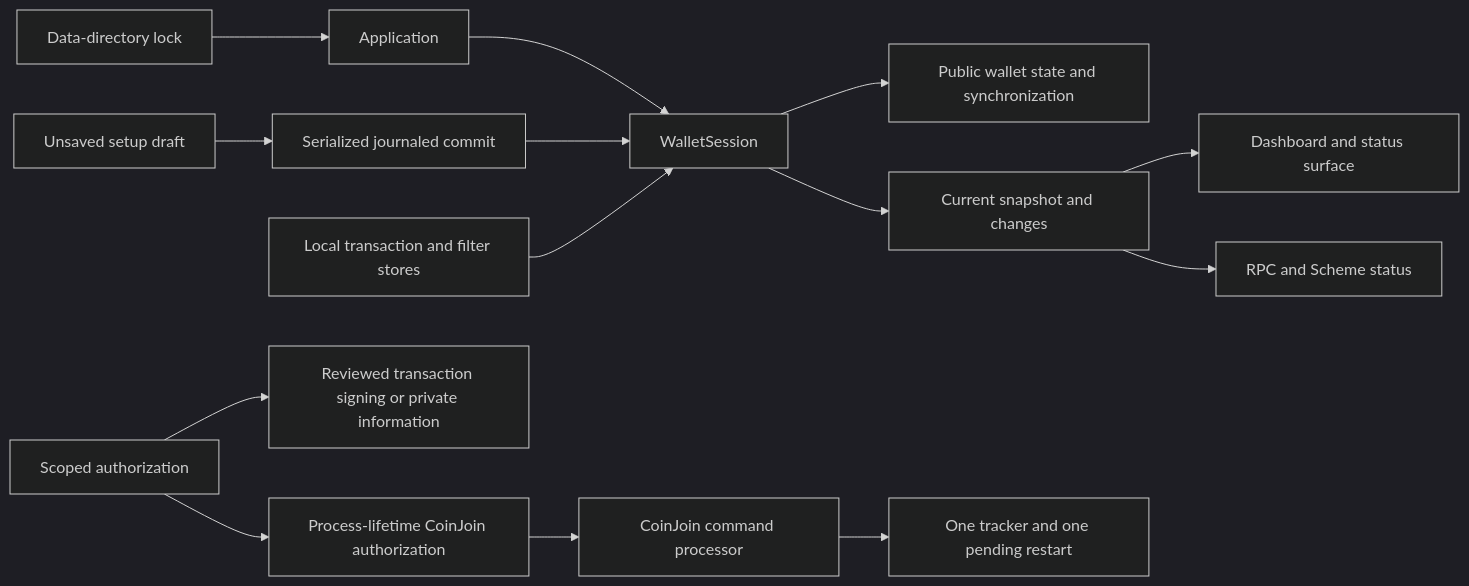
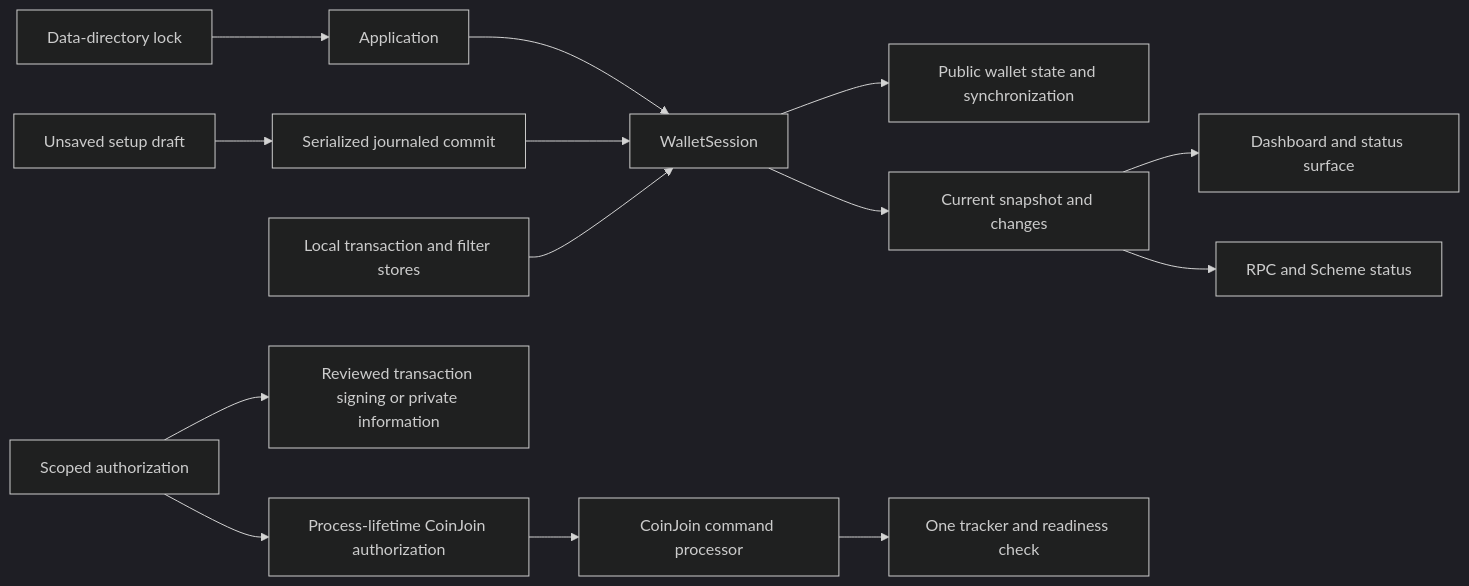
The diagram in MagicalCryptoWallet.Documentation/SingleWalletArchitecture.md (nopara73/MagicalCryptoWallet), drawn with Mermaid (dark theme) before and after one commit. The commit also changed other lines of this file and 51 other files, not shown here.

````diff
--- a/MagicalCryptoWallet.Documentation/SingleWalletArchitecture.md
+++ b/MagicalCryptoWallet.Documentation/SingleWalletArchitecture.md
@@ -5,16 +5,16 @@
 ```mermaid
 flowchart LR
   lock[Data-directory lock] --> app[Application]
   app --> session[WalletSession]
   setup[Unsaved setup draft] --> commit[Serialized journaled commit]
   commit --> session
   stores[Local transaction and filter stores] --> session
   session --> public[Public wallet state and synchronization]
   session --> snapshot[Current snapshot and changes]
   snapshot --> dashboard[Dashboard and status surface]
   snapshot --> rpc[RPC and Scheme status]
   authorization[Scoped authorization] --> sign[Reviewed transaction signing or private information]
   authorization --> cj[Process-lifetime CoinJoin authorization]
   cj --> actor[CoinJoin command processor]
-  actor --> tracker[One tracker and one pending restart]
+  actor --> tracker[One tracker and readiness check]
 ```
````
